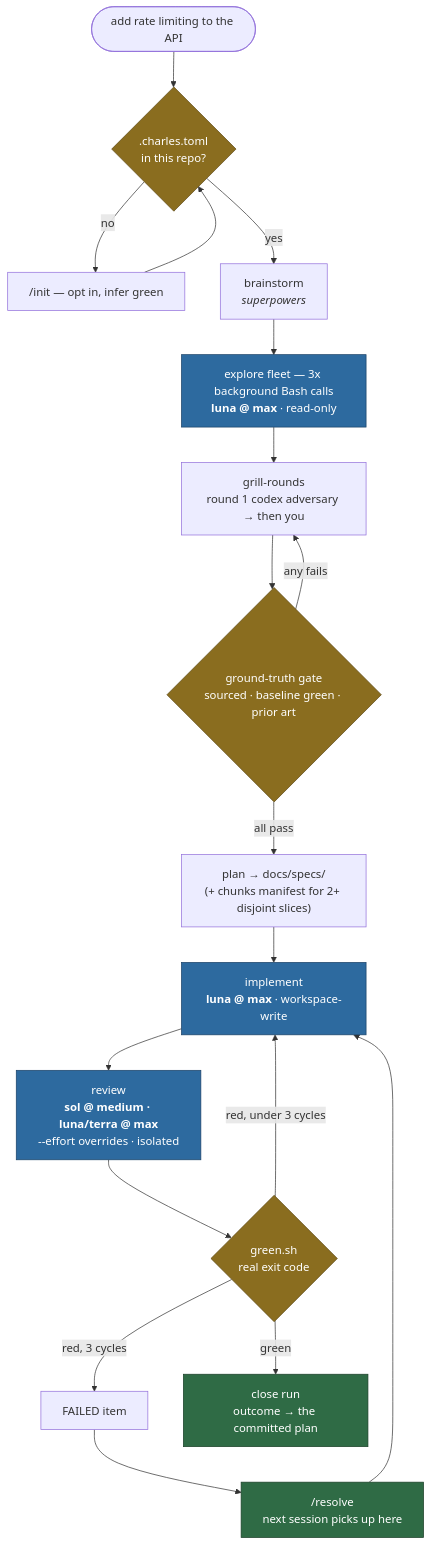
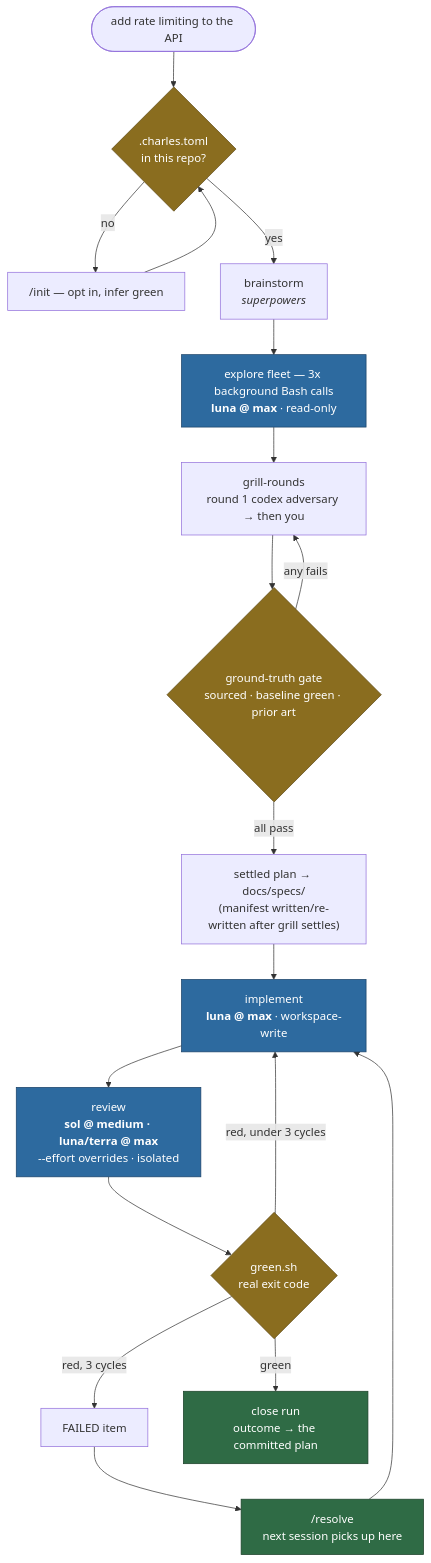
The first of 2 diagrams in README.md (charlesdr13/charlesdr-dev-loop), drawn with Mermaid before and after one commit. The commit also changed other lines of this file and 6 other files, not shown here.

First line of the commit message:
State the implement measurement once, and fix when the chunk manifest is written

````diff
--- a/README.md
+++ b/README.md
@@ -21,31 +21,31 @@
 ```mermaid
 flowchart TD
     REQ(["add rate limiting to the API"]) --> GATE{".charles.toml<br/>in this repo?"}
     GATE -->|no| INIT["/init — opt in, infer green"]
     INIT --> GATE
     GATE -->|yes| BRAIN["brainstorm<br/><i>superpowers</i>"]
 
     BRAIN --> EXP["explore fleet — 3x background Bash calls<br/><b>luna @ max</b> · read-only"]
     EXP --> GRILL["grill-rounds<br/>round 1 codex adversary → then you"]
     GRILL --> TRUTH{"ground-truth gate<br/>sourced · baseline green · prior art"}
     TRUTH -->|any fails| GRILL
-    TRUTH -->|all pass| PLAN["plan → docs/specs/<br/>(+ chunks manifest for 2+ disjoint slices)"]
+    TRUTH -->|all pass| PLAN["settled plan → docs/specs/<br/>(manifest written/re-written after grill settles)"]
 
     PLAN --> IMPL["implement<br/><b>luna @ max</b> · workspace-write"]
     IMPL --> REV["review<br/><b>sol @ medium · luna/terra @ max</b><br/>--effort overrides · isolated"]
     REV --> GREEN{"green.sh<br/>real exit code"}
 
     GREEN -->|"red, under 3 cycles"| IMPL
     GREEN -->|"red, 3 cycles"| FAILED["FAILED item"]
     GREEN -->|green| CLOSE["close run<br/>outcome → the committed plan"]
 
     FAILED --> RESOLVE["/resolve<br/>next session picks up here"]
     RESOLVE --> IMPL
 
     classDef lane fill:#2d6a9f,stroke:#1b4368,color:#fff
     classDef gate fill:#8a6d1f,stroke:#5c4813,color:#fff
     classDef term fill:#2f6b45,stroke:#1c4029,color:#fff
     class EXP,IMPL,REV lane
     class GATE,TRUTH,GREEN gate
     class CLOSE,RESOLVE term
 ```
````
